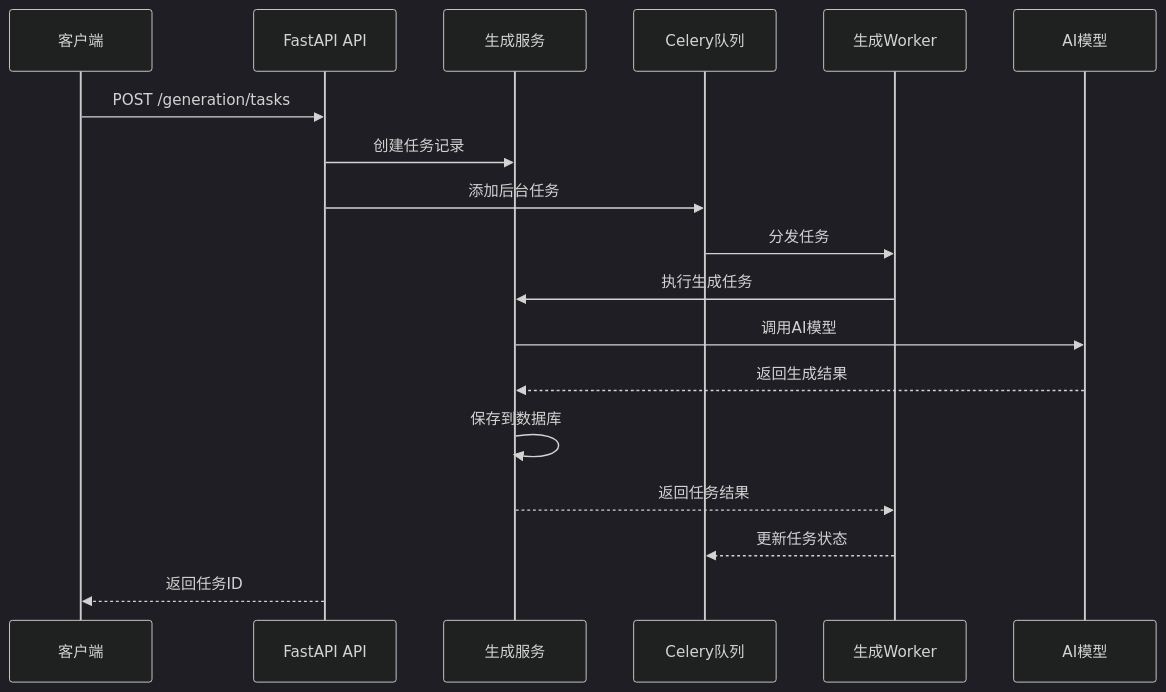
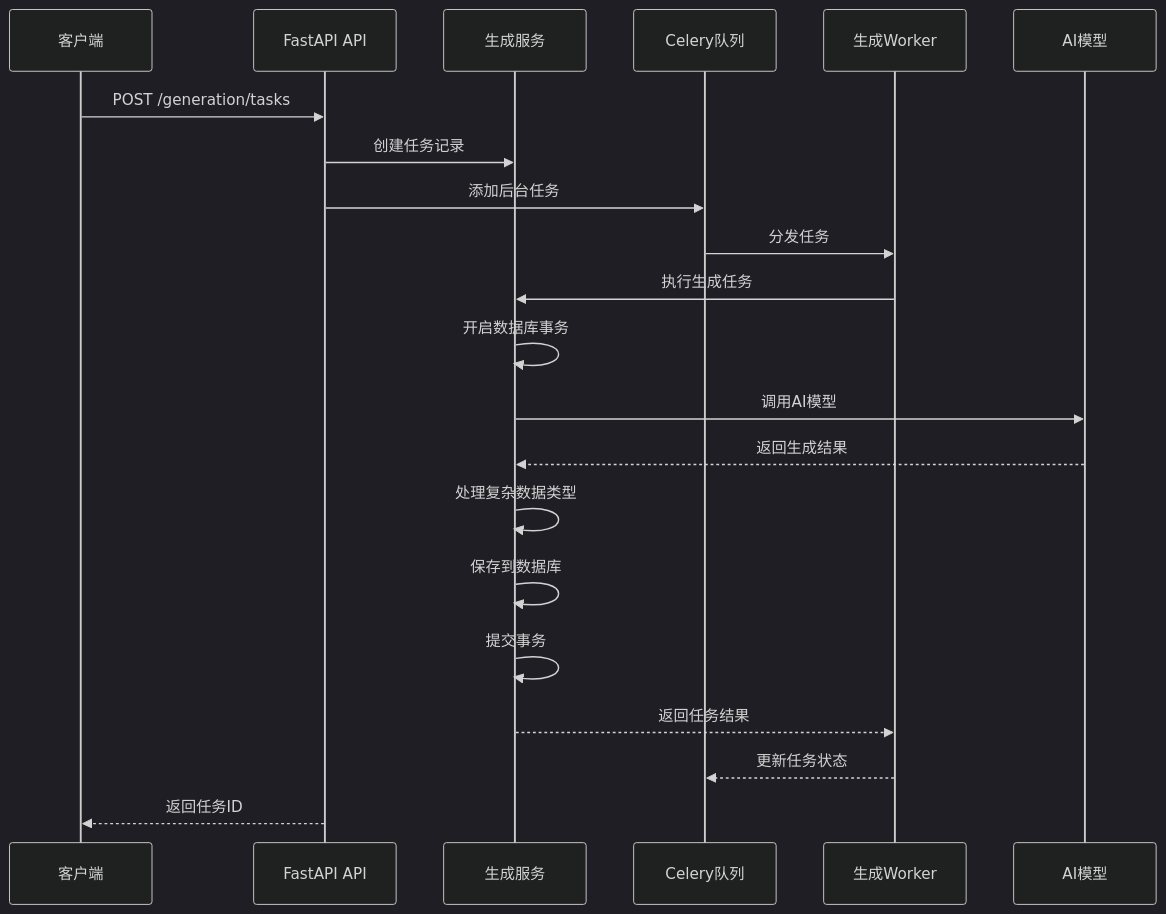
Before and after one commit to xfbyxq/ai-novel-system: the third of 10 diagrams in .qoder/repowiki/zh/content/Generation Service.md, drawn with Mermaid (dark theme). The commit also changed other lines of this file and 10 other files, not shown here.

````diff
--- a/.qoder/repowiki/zh/content/Generation Service.md
+++ b/.qoder/repowiki/zh/content/Generation Service.md
@@ -164,20 +202,23 @@
 ```mermaid
 sequenceDiagram
 participant Client as 客户端
 participant API as FastAPI API
 participant Service as 生成服务
 participant Queue as Celery队列
 participant Worker as 生成Worker
 participant LLM as AI模型
 Client->>API : POST /generation/tasks
 API->>Service : 创建任务记录
 API->>Queue : 添加后台任务
 Queue->>Worker : 分发任务
 Worker->>Service : 执行生成任务
+Service->>Service : 开启数据库事务
 Service->>LLM : 调用AI模型
 LLM-->>Service : 返回生成结果
+Service->>Service : 处理复杂数据类型
 Service->>Service : 保存到数据库
+Service->>Service : 提交事务
 Service-->>Worker : 返回任务结果
 Worker-->>Queue : 更新任务状态
 API-->>Client : 返回任务ID
 ```
````
